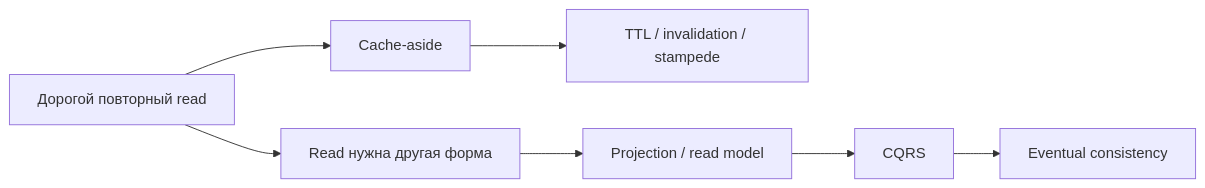
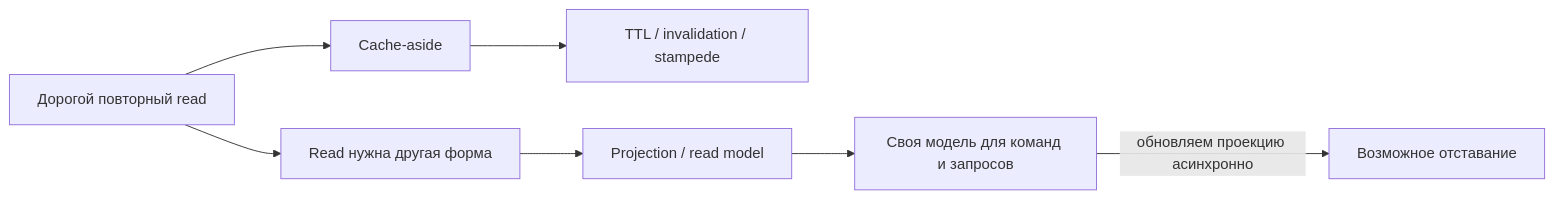
Before and after one commit to Kert0n/KPO: the first of 19 diagrams in content/lectures/Lec13/vitepress.md, drawn with Mermaid. The commit also changed other lines of this file, not shown here.

````diff
--- a/content/lectures/Lec13/vitepress.md
+++ b/content/lectures/Lec13/vitepress.md
@@ -36,9 +23,9 @@
 ```mermaid
 flowchart LR
     Query["Дорогой повторный read"] --> Cache["Cache-aside"]
     Cache --> Problems["TTL / invalidation / stampede"]
     Query --> Shape["Read нужна другая форма"]
     Shape --> Projection["Projection / read model"]
-    Projection --> CQRS["CQRS"]
-    CQRS --> Consistency["Eventual consistency"]
+    Projection --> CQRS["Своя модель для команд и запросов"]
+    CQRS -->|"обновляем проекцию асинхронно"| Consistency["Возможное отставание"]
 ```
````
